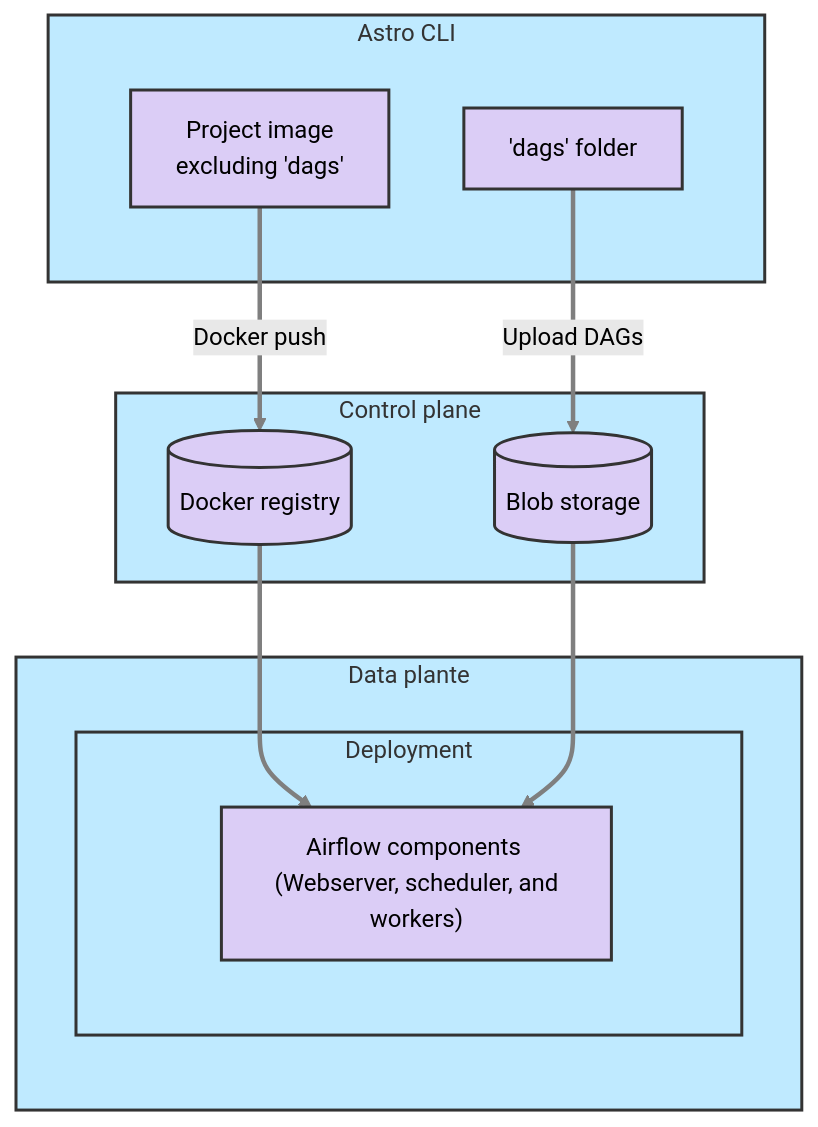
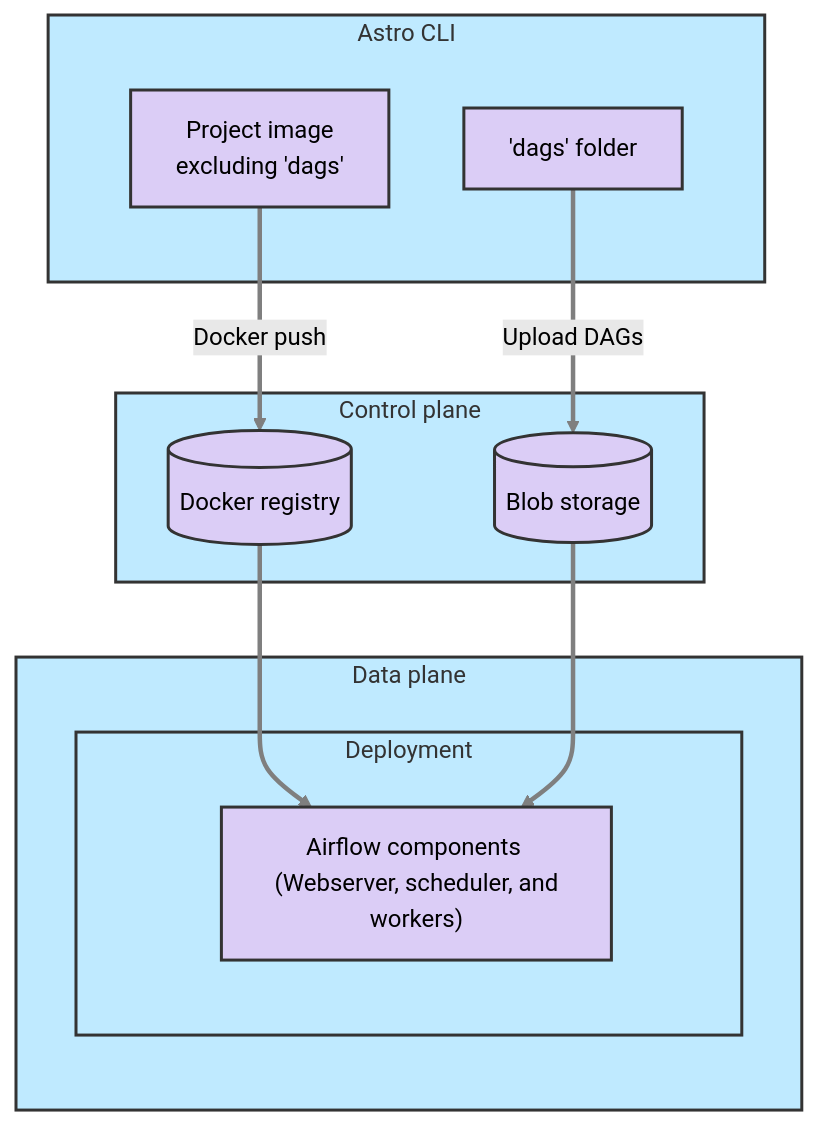
Before and after one commit to astronomer/docs: the diagram in astro/deploy-project-image.md, drawn with Mermaid (forest theme). The commit also changed other lines of this file and 6 other files, not shown here.

````diff
--- a/astro/deploy-project-image.md
+++ b/astro/deploy-project-image.md
@@ -106,36 +106,36 @@
 ```mermaid
 flowchart TB;
 classDef subgraph_padding fill:none,stroke:none
 classDef astro fill:#dbcdf6,stroke:#333,stroke-width:2px;
     subgraph AstroCLI[Astro CLI]
     subgraph subgraph_padding1 [ ]
     id10
     id1
     end
     end
     subgraph ControlPlane[Control plane]
     id9[(Blob storage)]:::astro
     id4[(Docker registry)]:::astro
     end
-    subgraph DataPlane ["Data plante"]
+    subgraph DataPlane ["Data plane"]
     subgraph subgraph_padding3 [ ]
     subgraph Deployment ["Deployment"]
     subgraph subgraph_padding2 [ ]
     id6["Airflow components </br> (Webserver, scheduler, and workers)"]:::astro
     end
     end
     end
     end
     id10["'dags' folder"]:::astro-->|Upload DAGs|id9
     id1["Project image </br> excluding 'dags'"]:::astro-->|Docker push| id4
     id4-->id6 
     id9-->id6
     class subgraph_padding3 subgraph_padding
     class subgraph_padding2 subgraph_padding
     class subgraph_padding1 subgraph_padding
     linkStyle 0,1,2,3 stroke:#7f7f7f,stroke-width:3px
     style ControlPlane fill:#bfeaff,stroke:#333,stroke-width:2px
     style DataPlane fill:#bfeaff,stroke:#333,stroke-width:2px
     style AstroCLI fill:#bfeaff,stroke:#333,stroke-width:2px
     style Deployment fill:#bfeaff,stroke:#333,stroke-width:2px
 ```
````
